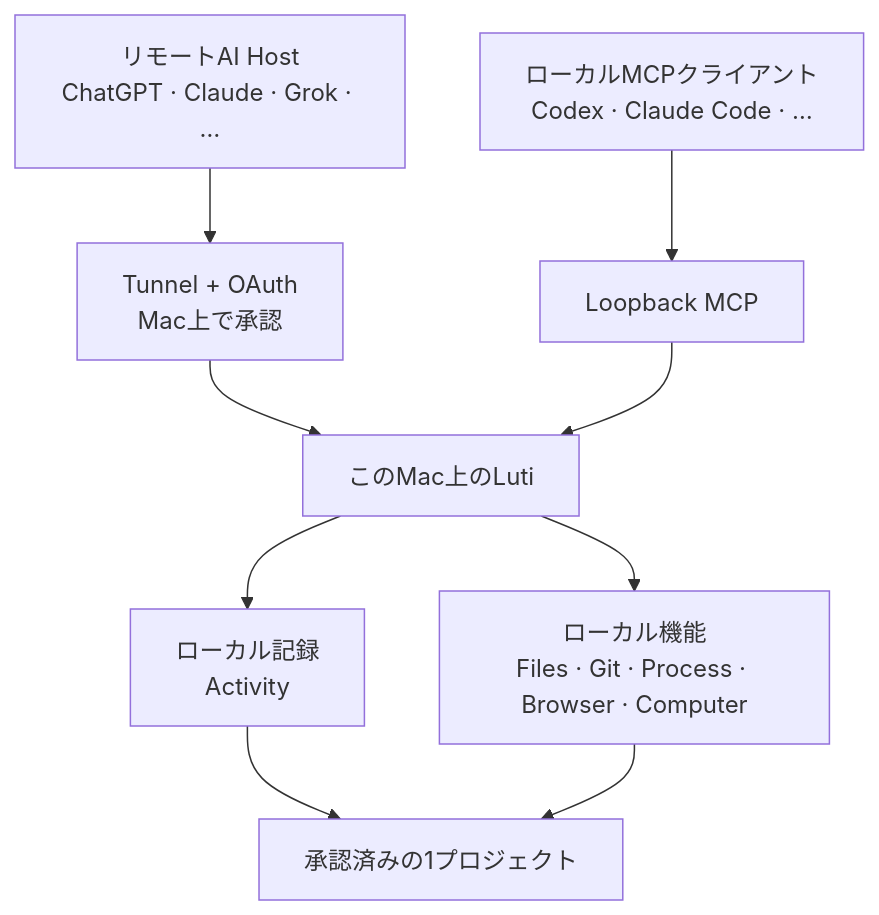
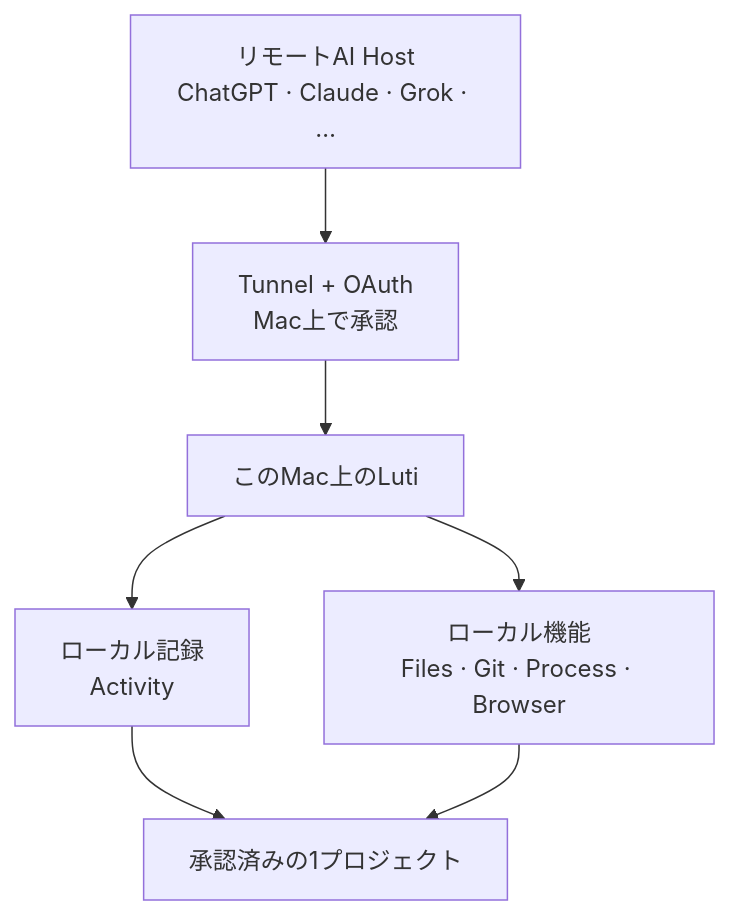
One commit to boltguo/Luti changed the diagram in README.ja.md. Above: the diagram before and after it, drawn with Mermaid. The commit also changed other lines of this file and 43 other files, not shown here.

````diff
--- a/README.ja.md
+++ b/README.ja.md
@@ -27,16 +27,13 @@
 ```mermaid
 flowchart TB
     remote["リモートAI Host<br/>ChatGPT · Claude · Grok · …"]
-    local["ローカルMCPクライアント<br/>Codex · Claude Code · …"]
     tunnel["Tunnel + OAuth<br/>Mac上で承認"]
-    loopback["Loopback MCP"]
     luti["このMac上のLuti"]
     context["ローカル記録<br/>Activity"]
-    tools["ローカル機能<br/>Files · Git · Process · Browser · Computer"]
+    tools["ローカル機能<br/>Files · Git · Process · Browser"]
     project["承認済みの1プロジェクト"]
 
     remote --> tunnel --> luti
-    local --> loopback --> luti
     luti --> context --> project
     luti --> tools --> project
 ```
````
